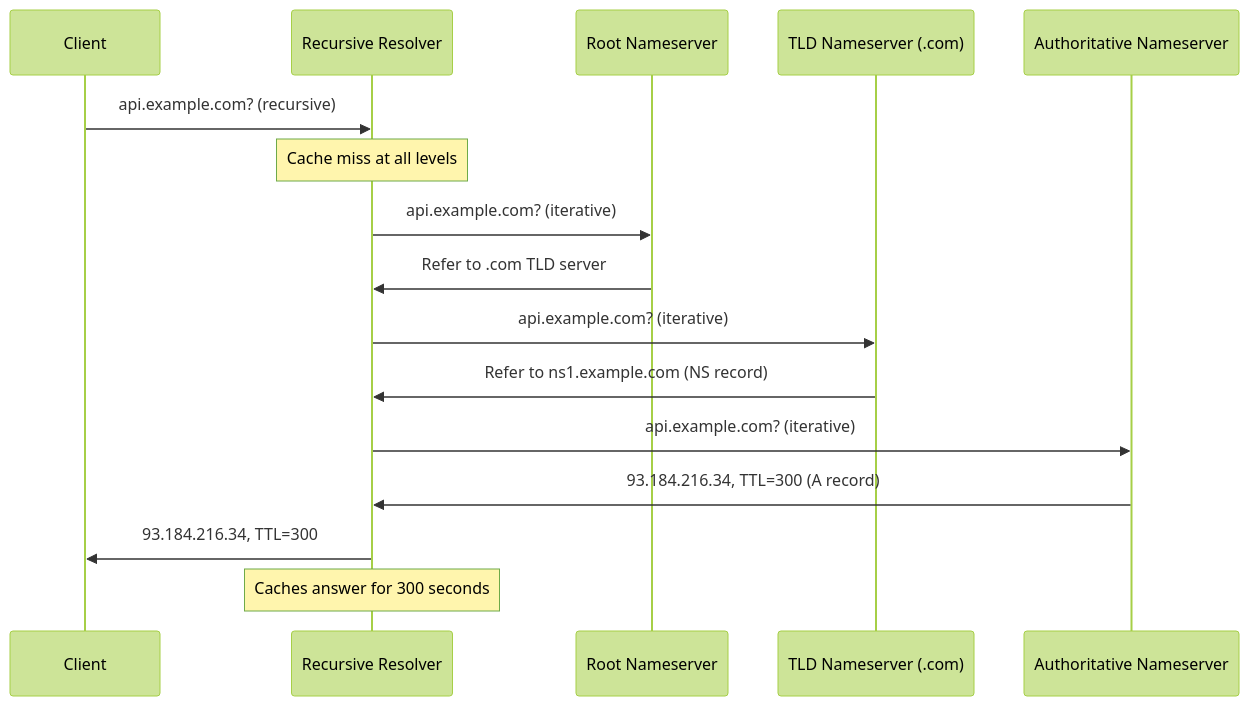
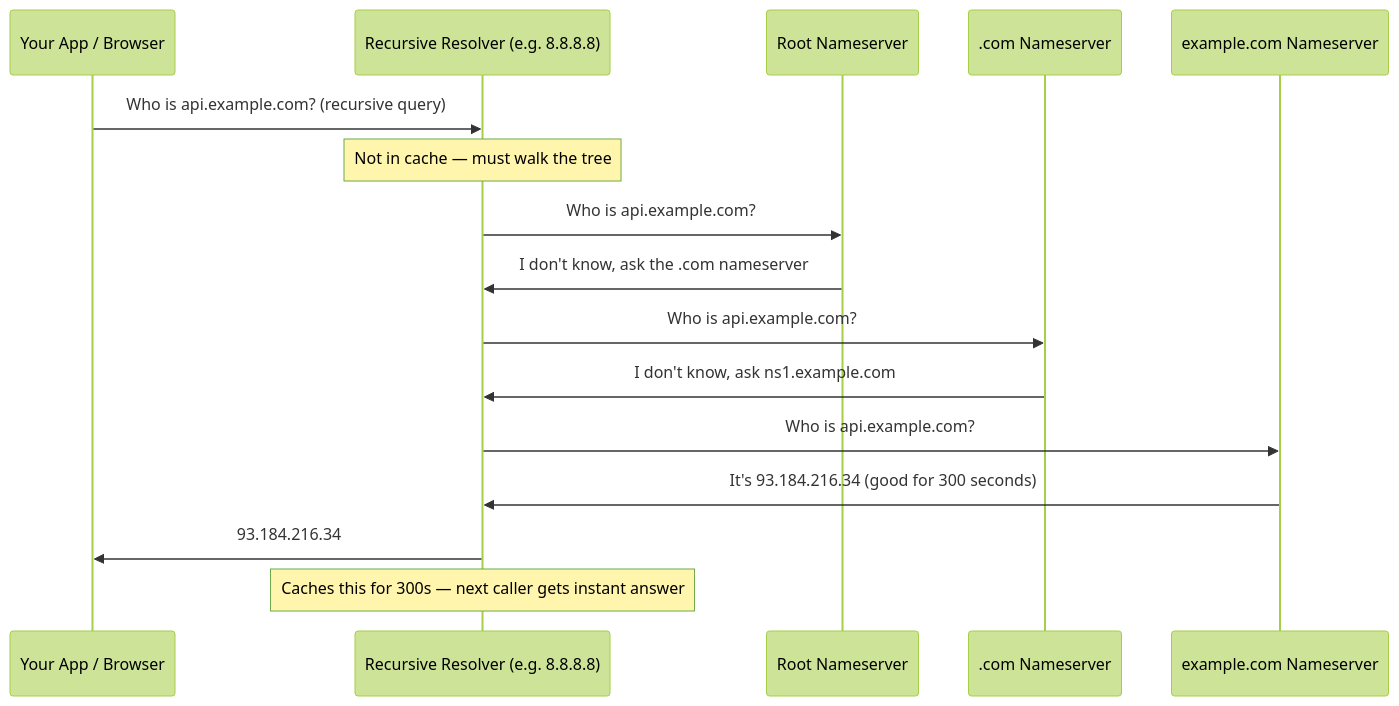
Before and after one commit to sharief007/dev-docs: the diagram in content/design-concepts/networking/dns.md, drawn with Mermaid (forest theme). The commit also changed other lines of this file and 12 other files, not shown here.

````diff
--- a/content/design-concepts/networking/dns.md
+++ b/content/design-concepts/networking/dns.md
@@ -40,19 +20,19 @@
 ```mermaid
 sequenceDiagram
-    participant C as Client
-    participant R as Recursive Resolver
+    participant C as Your App / Browser
+    participant R as Recursive Resolver (e.g. 8.8.8.8)
     participant Root as Root Nameserver
-    participant TLD as TLD Nameserver (.com)
-    participant Auth as Authoritative Nameserver
+    participant TLD as .com Nameserver
+    participant Auth as example.com Nameserver
 
-    C->>R: api.example.com? (recursive)
-    Note over R: Cache miss at all levels
-    R->>Root: api.example.com? (iterative)
-    Root->>R: Refer to .com TLD server
-    R->>TLD: api.example.com? (iterative)
-    TLD->>R: Refer to ns1.example.com (NS record)
-    R->>Auth: api.example.com? (iterative)
-    Auth->>R: 93.184.216.34, TTL=300 (A record)
-    R->>C: 93.184.216.34, TTL=300
-    Note over R: Caches answer for 300 seconds
+    C->>R: Who is api.example.com? (recursive query)
+    Note over R: Not in cache — must walk the tree
+    R->>Root: Who is api.example.com?
+    Root->>R: I don't know, ask the .com nameserver
+    R->>TLD: Who is api.example.com?
+    TLD->>R: I don't know, ask ns1.example.com
+    R->>Auth: Who is api.example.com?
+    Auth->>R: It's 93.184.216.34 (good for 300 seconds)
+    R->>C: 93.184.216.34
+    Note over R: Caches this for 300s — next caller gets instant answer
 ```
````
